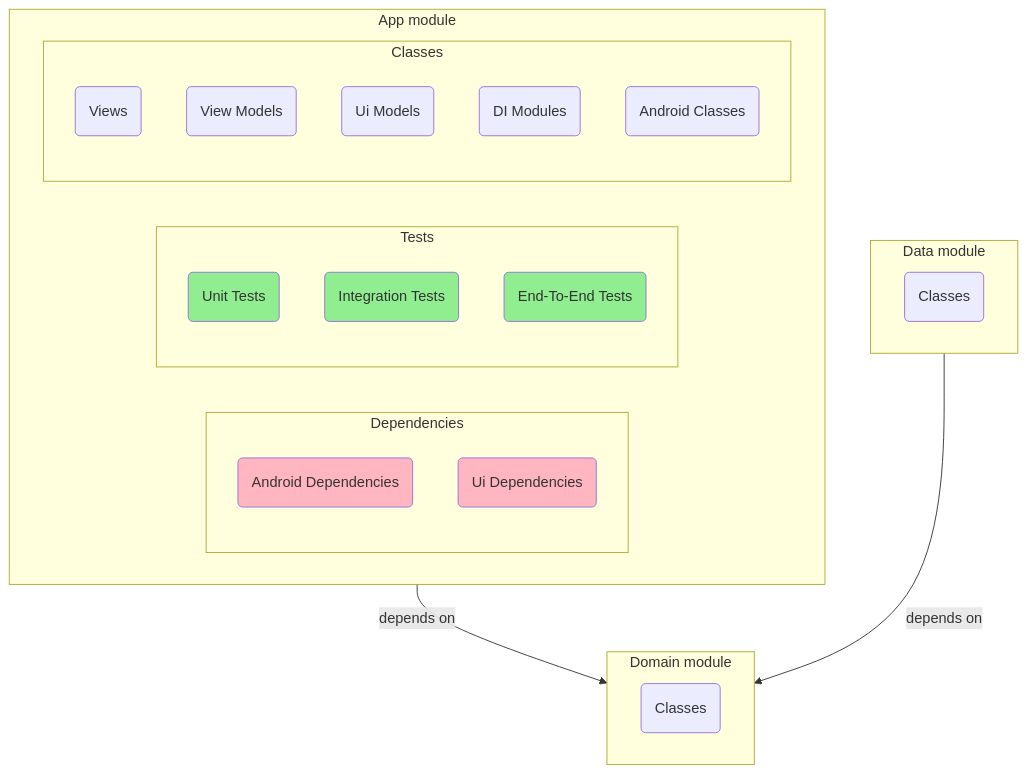
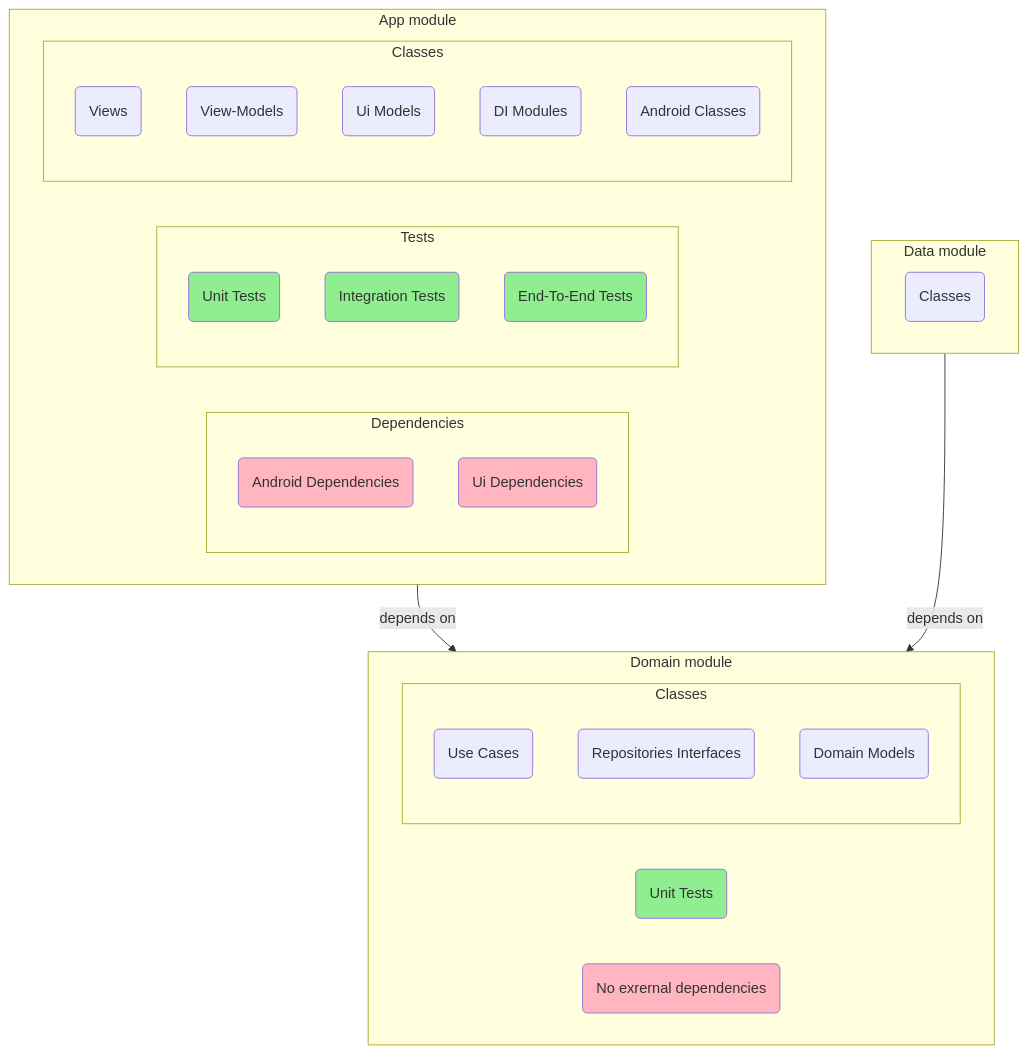
The diagram in README.md (AntonShapovalov/Clean-Architecture-Android), drawn with Mermaid before and after one commit.

````diff
--- a/README.md
+++ b/README.md
@@ -40,41 +40,48 @@
 ```mermaid
 graph TD
     subgraph APP[App module]
         direction LR
         subgraph AppDependencies[Dependencies]
         direction TB
             AndroidDependencies(Android Dependencies):::red
             UiDependencies(Ui Dependencies):::red
         end
         subgraph AppTests[Tests]
             direction TB
             AppUnitTests(Unit Tests):::green
             IntegrationTests(Integration Tests):::green
             E2ETests(End-To-End Tests):::green
         end
         subgraph AppClasses[Classes]
             direction TB
             Views(Views)
-            ViewModels(View Models)
+            ViewModels(View-Models)
             UiModels(Ui Models)
             DI(DI Modules)
             Android(Android Classes)
         end
     end
 
     subgraph DOMAIN[Domain module]
         direction LR
-        DomainClasses(Classes)
+        DomainUnitTests(Unit Tests):::green
+        DomainDependencies(No exrernal dependencies):::red
+        subgraph DomainClasses[Classes]
+        direction TB
+            UseCases(Use Cases)
+            Repositories(Repositories Interfaces)
+            DomainModels(Domain Models)
+        end
     end
 
     subgraph DATA[Data module]
         direction LR
         DataClasses(Classes)
     end
 
     APP--depends on-->DOMAIN
     DATA--depends on-->DOMAIN
     
     classDef green fill:#90EE90
     classDef red fill:#FFB6C1
 ```
````
